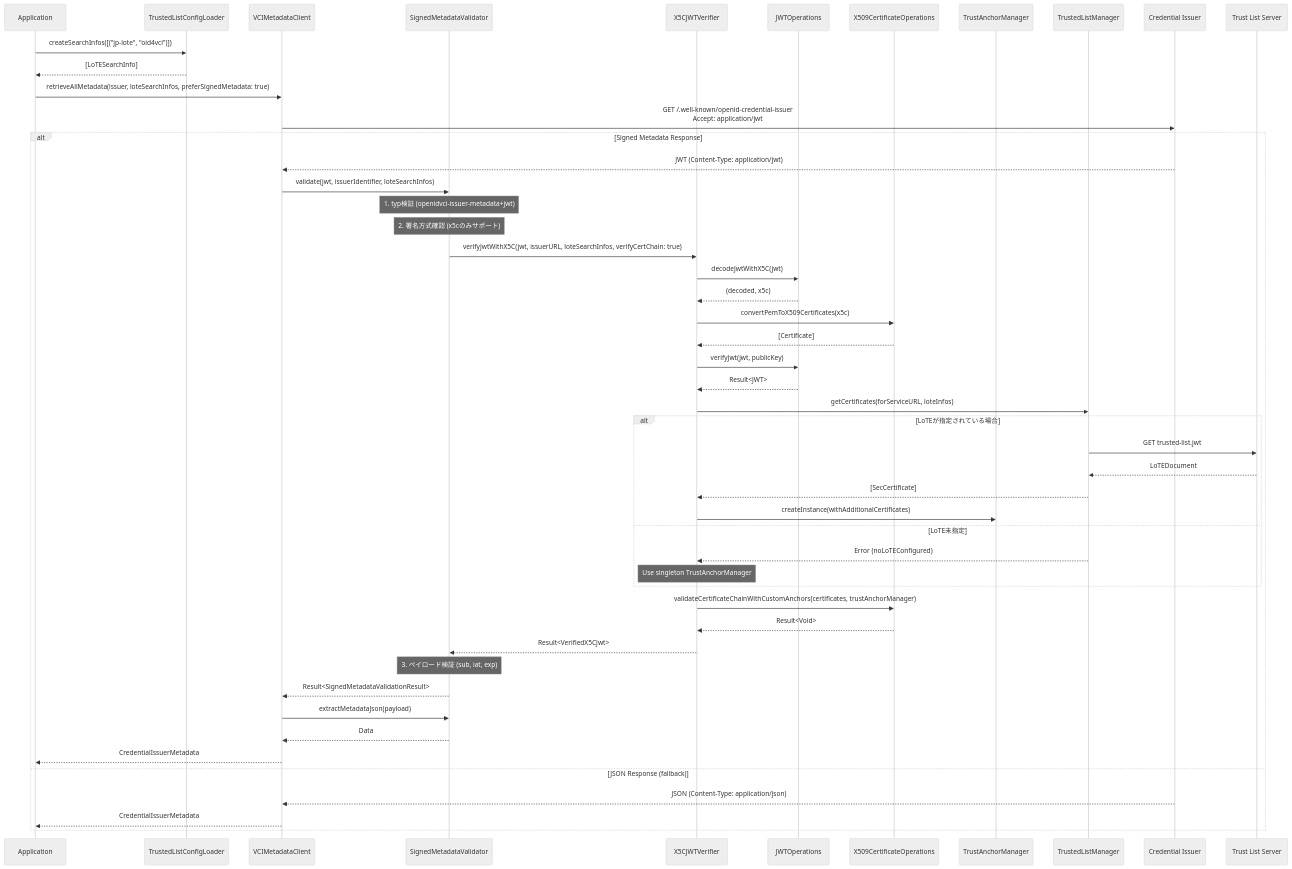
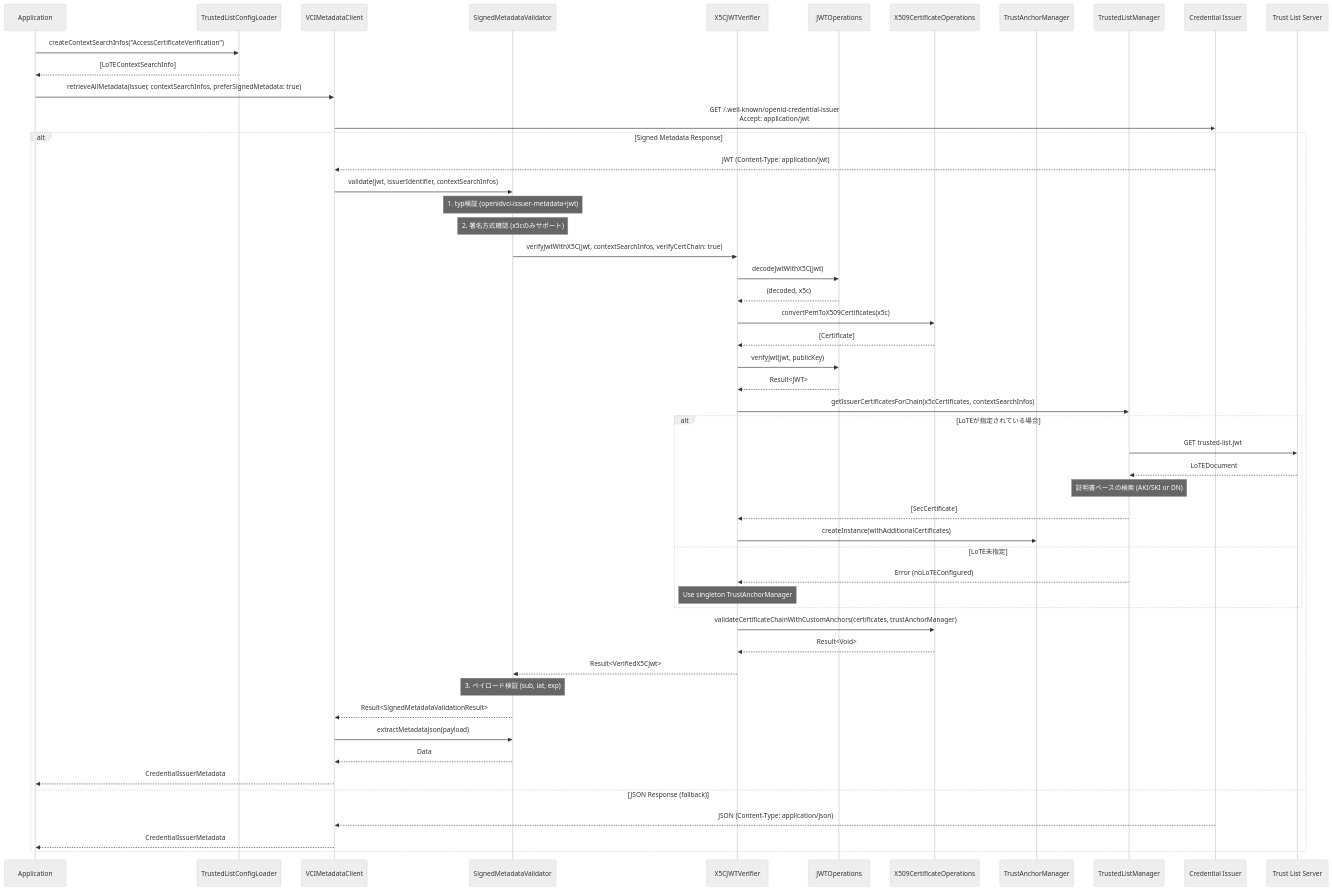
Before and after one commit to ryosuke-wakaba/OWND-Wallet-iOS: the second of 4 diagrams in docs/features/credential-issuance/metadata-verification.md, drawn with Mermaid (neutral theme). The commit also changed other lines of this file, not shown here.

First line of the commit message:
docs: Update metadata-verification.md for certificate-based search API

````diff
--- a/docs/features/credential-issuance/metadata-verification.md
+++ b/docs/features/credential-issuance/metadata-verification.md
@@ -140,68 +149,69 @@
 ```mermaid
 sequenceDiagram
     participant App as Application
     participant CFG as TrustedListConfigLoader
     participant VMC as VCIMetadataClient
     participant SMV as SignedMetadataValidator
     participant X5C as X5CJWTVerifier
     participant JWT as JWTOperations
     participant SIG as X509CertificateOperations
     participant TAM as TrustAnchorManager
     participant TLM as TrustedListManager
     participant Issuer as Credential Issuer
     participant TL as Trust List Server
 
-    App->>CFG: createSearchInfos([("jp-lote", "oid4vci")])
-    CFG-->>App: [LoTESearchInfo]
+    App->>CFG: createContextSearchInfos("AccessCertificateVerification")
+    CFG-->>App: [LoTEContextSearchInfo]
 
-    App->>VMC: retrieveAllMetadata(issuer, loteSearchInfos, preferSignedMetadata: true)
+    App->>VMC: retrieveAllMetadata(issuer, contextSearchInfos, preferSignedMetadata: true)
     VMC->>Issuer: GET /.well-known/openid-credential-issuer<br/>Accept: application/jwt
 
     alt Signed Metadata Response
         Issuer-->>VMC: JWT (Content-Type: application/jwt)
-        VMC->>SMV: validate(jwt, issuerIdentifier, loteSearchInfos)
+        VMC->>SMV: validate(jwt, issuerIdentifier, contextSearchInfos)
 
         Note over SMV: 1. typ検証 (openidvci-issuer-metadata+jwt)
         Note over SMV: 2. 署名方式確認 (x5cのみサポート)
 
-        SMV->>X5C: verifyJwtWithX5C(jwt, issuerURL, loteSearchInfos, verifyCertChain: true)
+        SMV->>X5C: verifyJwtWithX5C(jwt, contextSearchInfos, verifyCertChain: true)
 
         X5C->>JWT: decodeJwtWithX5C(jwt)
         JWT-->>X5C: (decoded, x5c)
 
         X5C->>SIG: convertPemToX509Certificates(x5c)
         SIG-->>X5C: [Certificate]
 
         X5C->>JWT: verifyJwt(jwt, publicKey)
         JWT-->>X5C: Result<JWT>
 
-        X5C->>TLM: getCertificates(forServiceURL, loteInfos)
+        X5C->>TLM: getIssuerCertificatesForChain(x5cCertificates, contextSearchInfos)
 
         alt LoTEが指定されている場合
             TLM->>TL: GET trusted-list.jwt
             TL-->>TLM: LoTEDocument
+            Note over TLM: 証明書ベースの検索 (AKI/SKI or DN)
             TLM-->>X5C: [SecCertificate]
             X5C->>TAM: createInstance(withAdditionalCertificates)
         else LoTE未指定
             TLM-->>X5C: Error (noLoTEConfigured)
             Note over X5C: Use singleton TrustAnchorManager
         end
 
         X5C->>SIG: validateCertificateChainWithCustomAnchors(certificates, trustAnchorManager)
         SIG-->>X5C: Result<Void>
 
         X5C-->>SMV: Result<VerifiedX5CJwt>
 
         Note over SMV: 3. ペイロード検証 (sub, iat, exp)
 
         SMV-->>VMC: Result<SignedMetadataValidationResult>
 
         VMC->>SMV: extractMetadataJson(payload)
         SMV-->>VMC: Data
         VMC-->>App: CredentialIssuerMetadata
 
     else JSON Response (fallback)
         Issuer-->>VMC: JSON (Content-Type: application/json)
         VMC-->>App: CredentialIssuerMetadata
     end
 ```
````
